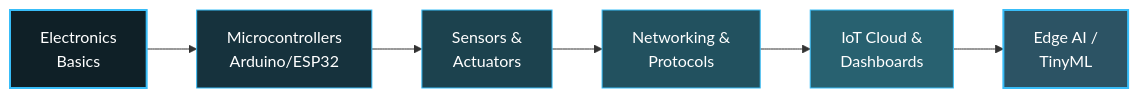
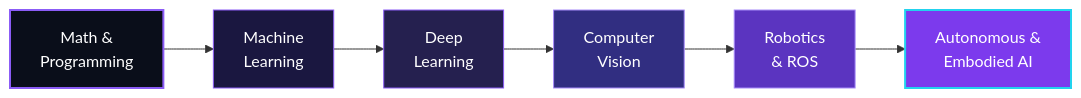
Before and after one commit to mydJhi07/mydJhi07: the diagram in README.md, drawn with Mermaid. The commit also changed other lines of this file, not shown here.

````diff
--- a/README.md
+++ b/README.md
@@ -127,14 +134,14 @@
 ```mermaid
 graph LR
-    A[Electronics<br/>Basics] --> B[Microcontrollers<br/>Arduino/ESP32]
-    B --> C[Sensors &<br/>Actuators]
-    C --> D[Networking &<br/>Protocols]
-    D --> E[IoT Cloud &<br/>Dashboards]
-    E --> F[Edge AI /<br/>TinyML]
-    style A fill:#0F2027,stroke:#38BDF8,stroke-width:2px,color:#fff
-    style B fill:#16323D,stroke:#38BDF8,color:#fff
-    style C fill:#1C424E,stroke:#38BDF8,color:#fff
-    style D fill:#22515F,stroke:#38BDF8,color:#fff
-    style E fill:#286170,stroke:#38BDF8,color:#fff
-    style F fill:#2C5364,stroke:#38BDF8,stroke-width:2px,color:#fff
+    A[Math &<br/>Programming] --> B[Machine<br/>Learning]
+    B --> C[Deep<br/>Learning]
+    C --> D[Computer<br/>Vision]
+    D --> E[Robotics<br/>& ROS]
+    E --> F[Autonomous &<br/>Embodied AI]
+    style A fill:#0A0E1A,stroke:#8B5CF6,stroke-width:2px,color:#fff
+    style B fill:#1A1740,stroke:#8B5CF6,color:#fff
+    style C fill:#25204F,stroke:#8B5CF6,color:#fff
+    style D fill:#312E81,stroke:#A78BFA,color:#fff
+    style E fill:#5B34C0,stroke:#A78BFA,color:#fff
+    style F fill:#7C3AED,stroke:#22D3EE,stroke-width:2px,color:#fff
 ```
````
